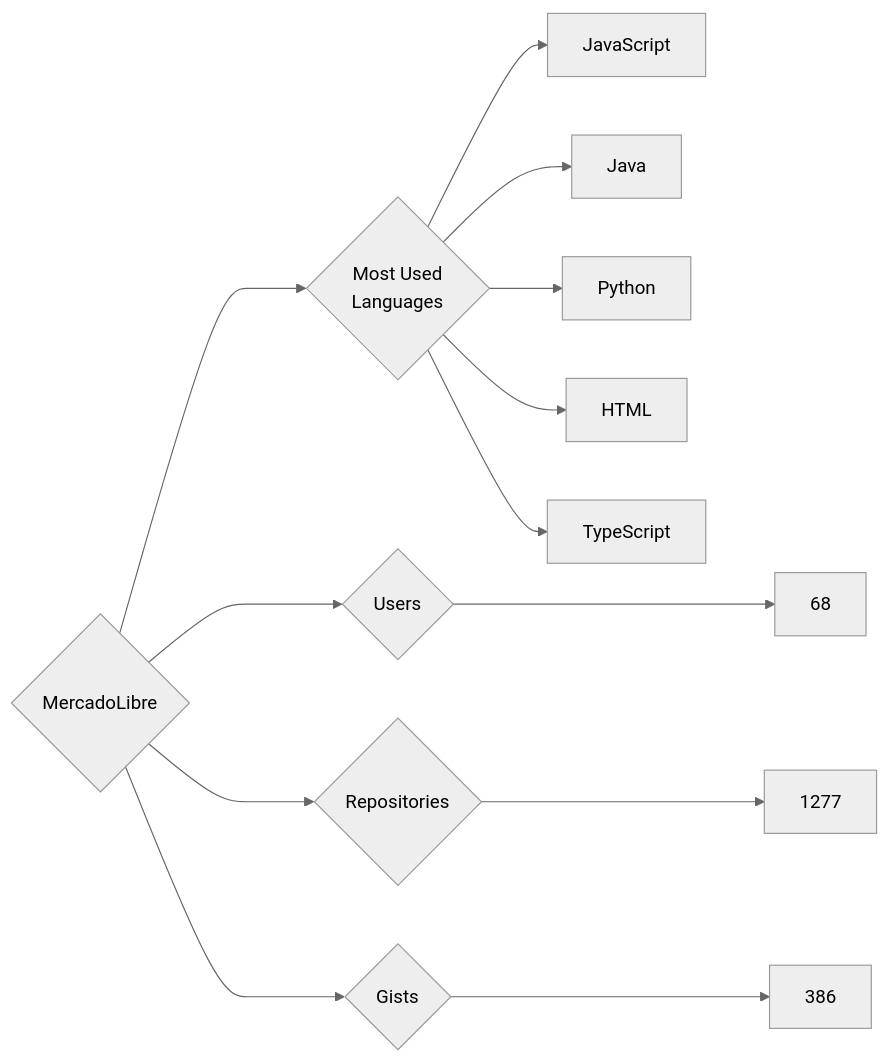
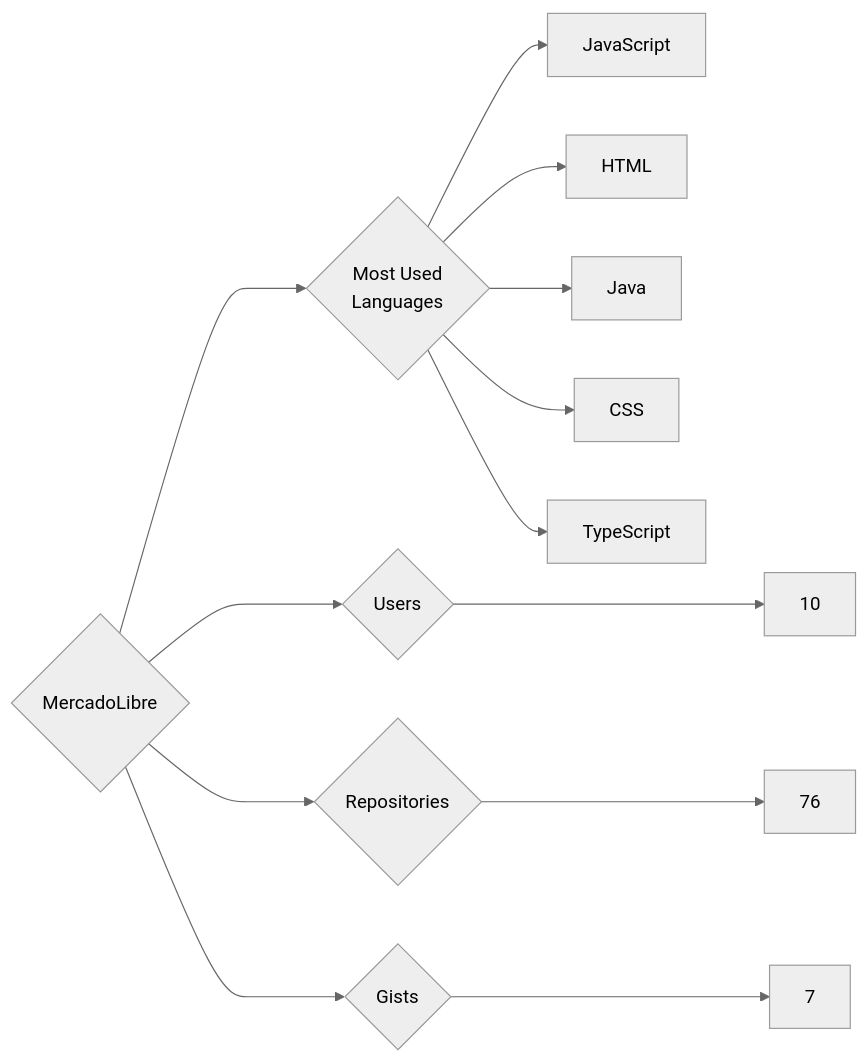
Before and after one commit to trickest/insiders: the diagram in targets/MercadoLibre/README.md, drawn with Mermaid (neutral theme). The commit also changed 582 other files, not shown here.

````diff
--- a/targets/MercadoLibre/README.md
+++ b/targets/MercadoLibre/README.md
@@ -3,13 +3,13 @@
 ```mermaid
 graph LR
 COMPANY_NAME{MercadoLibre}
-COMPANY_NAME ---> U{Users} ---> UN[68]
-COMPANY_NAME ---> R{Repositories} ---> RN[1277]
-COMPANY_NAME ---> G{Gists} ---> GN[386]
+COMPANY_NAME ---> U{Users} ---> UN[10]
+COMPANY_NAME ---> R{Repositories} ---> RN[76]
+COMPANY_NAME ---> G{Gists} ---> GN[7]
 COMPANY_NAME ---> ML{Most Used<br>Languages}
 ML --> JavaScript[JavaScript]
+ML --> HTML[HTML]
 ML --> Java[Java]
-ML --> Python[Python]
-ML --> HTML[HTML]
+ML --> CSS[CSS]
 ML --> TypeScript[TypeScript]
 ```
````
